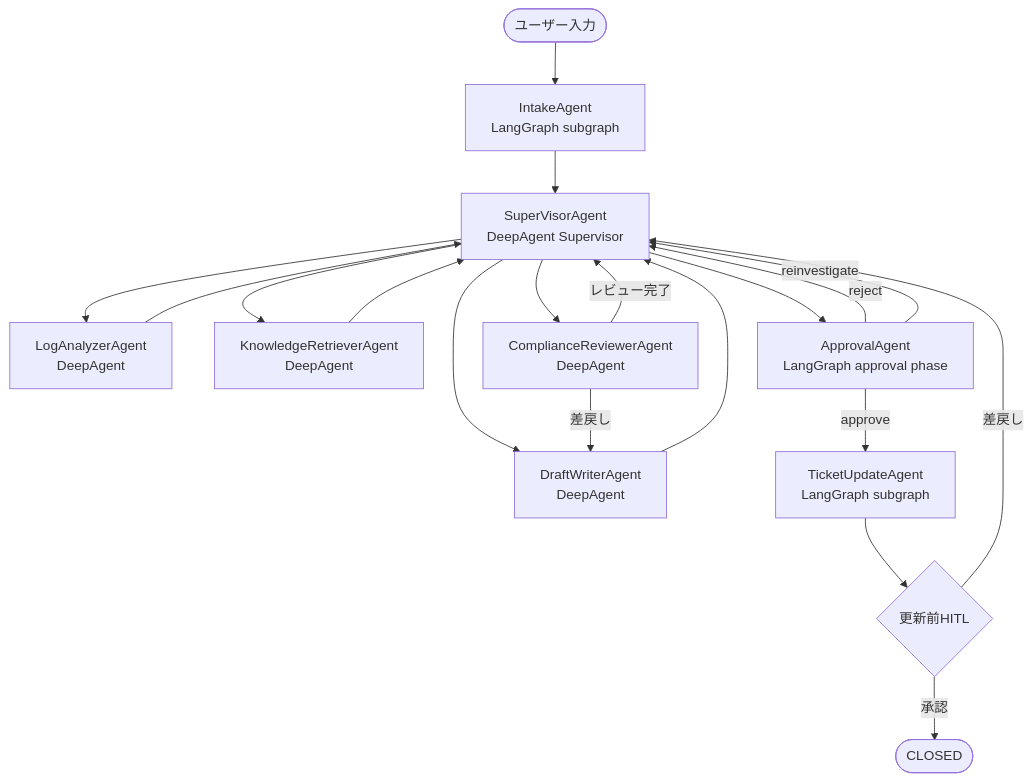
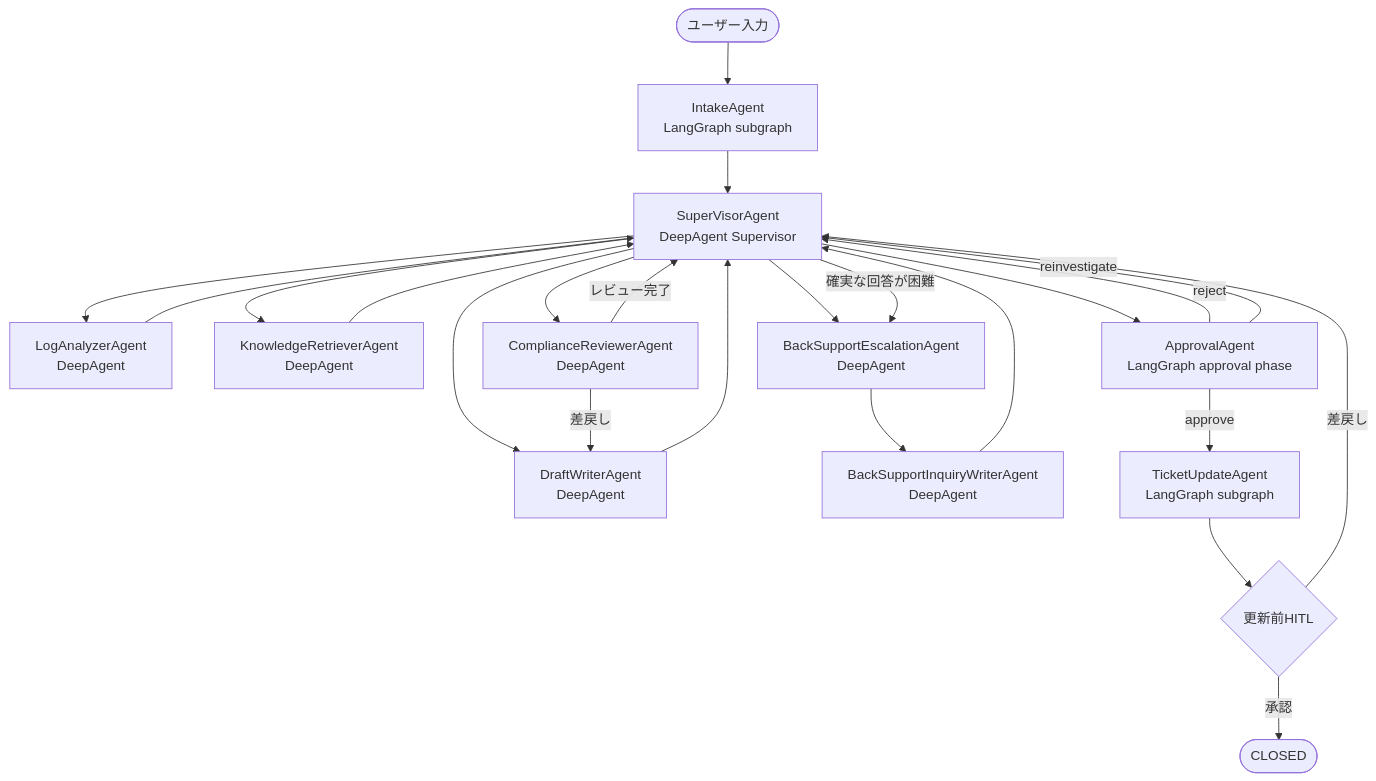
One commit to knd3dayo/support-desk-agent changed the diagram in docs/customer-support-deepagents-design.md. Above: the diagram before and after it, drawn with Mermaid. The commit also changed other lines of this file and 37 other files, not shown here.

First line of the commit message:
feat: add escalation config and back-support agents

````diff
--- a/docs/customer-support-deepagents-design.md
+++ b/docs/customer-support-deepagents-design.md
@@ -94,25 +100,30 @@
 ```mermaid
 flowchart TD
   Start([ユーザー入力]) --> Intake[IntakeAgent\nLangGraph subgraph]
   Intake --> Supervisor[SuperVisorAgent\nDeepAgent Supervisor]
 
   Supervisor --> LogAnalyzer[LogAnalyzerAgent\nDeepAgent]
   Supervisor --> KnowledgeRetriever[KnowledgeRetrieverAgent\nDeepAgent]
   LogAnalyzer --> Supervisor
   KnowledgeRetriever --> Supervisor
 
   Supervisor --> DraftWriter[DraftWriterAgent\nDeepAgent]
   Supervisor --> ComplianceReviewer[ComplianceReviewerAgent\nDeepAgent]
+  Supervisor --> Escalation[BackSupportEscalationAgent\nDeepAgent]
+  Escalation --> EscalationWriter[BackSupportInquiryWriterAgent\nDeepAgent]
+  EscalationWriter --> Supervisor
   ComplianceReviewer -->|差戻し| DraftWriter
   DraftWriter --> Supervisor
   ComplianceReviewer -->|レビュー完了| Supervisor
+
+  Supervisor -->|確実な回答が困難| Escalation
 
   Supervisor --> Approval[ApprovalAgent\nLangGraph approval phase]
   Approval -->|approve| TicketUpdate[TicketUpdateAgent\nLangGraph subgraph]
   Approval -->|reject| Supervisor
   Approval -->|reinvestigate| Supervisor
 
   TicketUpdate --> HITL{更新前HITL}
   HITL -->|承認| Closed([CLOSED])
   HITL -->|差戻し| Supervisor
 ```
````
